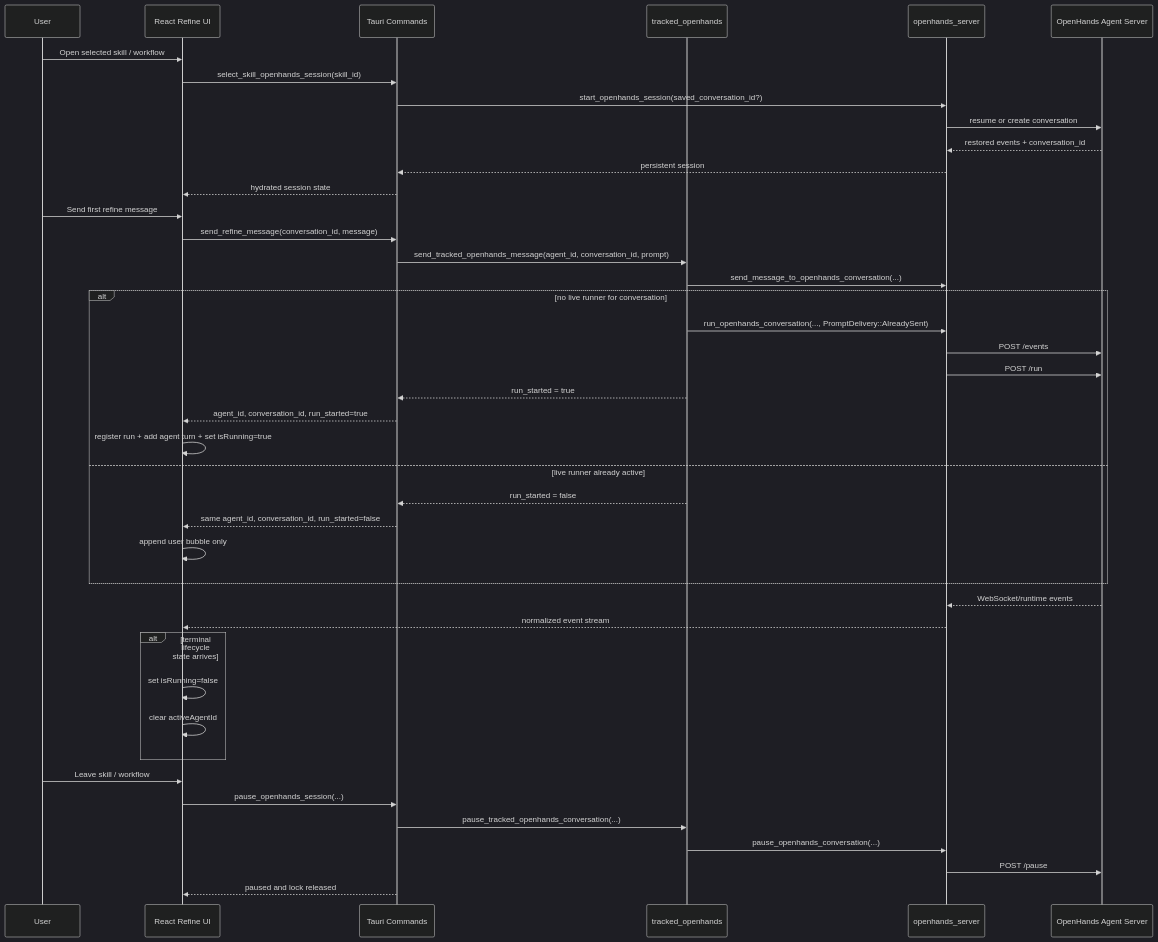
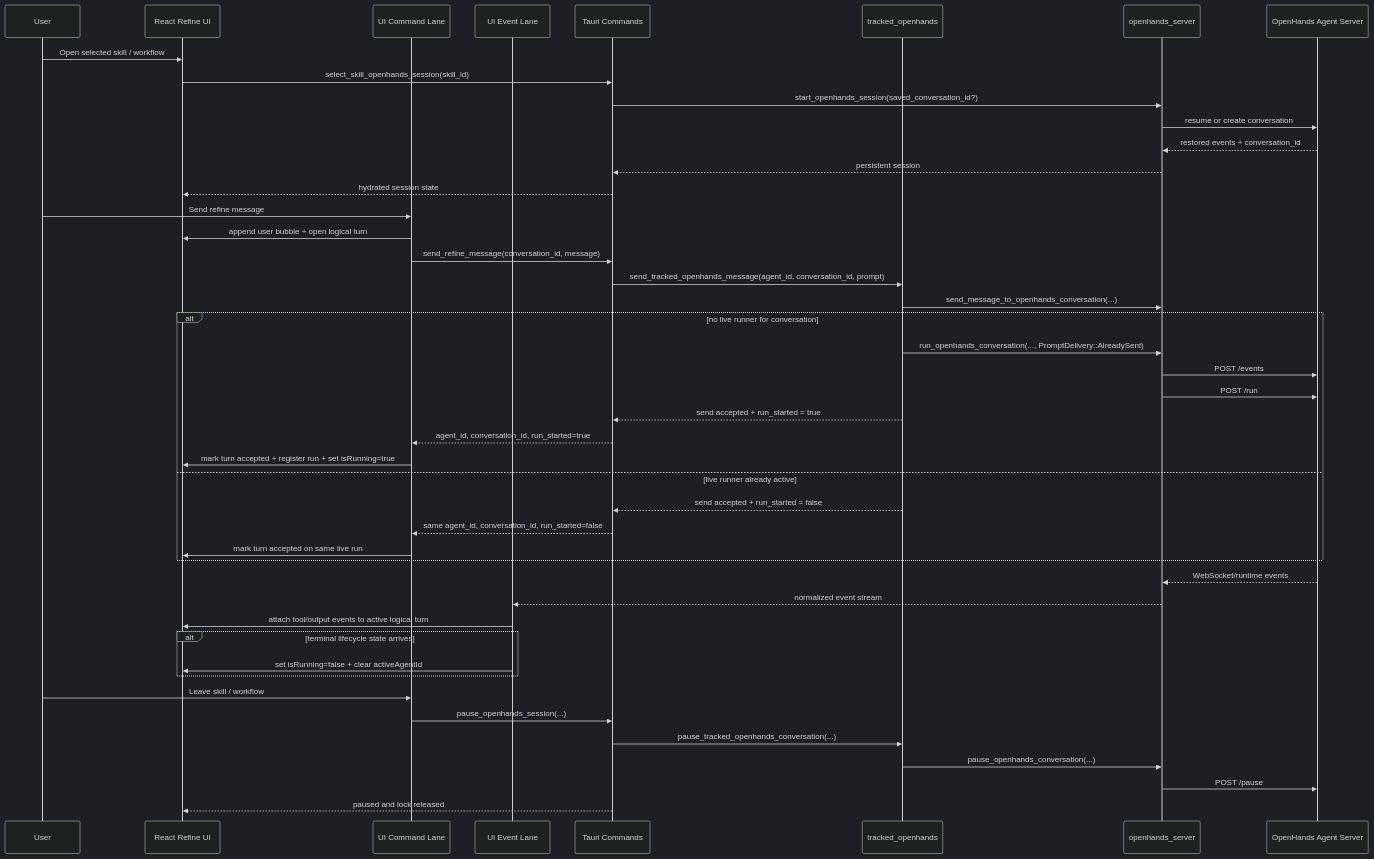
Before and after one commit to accelerate-data/skill-builder: the diagram in docs/design/openhands-runtime-contract/refine-sequence.md, drawn with Mermaid (dark theme). The commit also changed other lines of this file and 2 other files, not shown here.

Commit message:
docs: capture refine turn-lane runtime model

````diff
--- a/docs/design/openhands-runtime-contract/refine-sequence.md
+++ b/docs/design/openhands-runtime-contract/refine-sequence.md
@@ -12,49 +12,52 @@
 ```mermaid
 sequenceDiagram
     participant U as User
-    participant FE as React Refine UI
+    participant UI as React Refine UI
+    participant CMDQ as UI Command Lane
+    participant EVTQ as UI Event Lane
     participant CMD as Tauri Commands
     participant L3 as tracked_openhands
     participant L1 as openhands_server
     participant OHS as OpenHands Agent Server
 
-    U->>FE: Open selected skill / workflow
-    FE->>CMD: select_skill_openhands_session(skill_id)
+    U->>UI: Open selected skill / workflow
+    UI->>CMD: select_skill_openhands_session(skill_id)
     CMD->>L1: start_openhands_session(saved_conversation_id?)
     L1->>OHS: resume or create conversation
     OHS-->>L1: restored events + conversation_id
     L1-->>CMD: persistent session
-    CMD-->>FE: hydrated session state
+    CMD-->>UI: hydrated session state
 
-    U->>FE: Send first refine message
-    FE->>CMD: send_refine_message(conversation_id, message)
+    U->>CMDQ: Send refine message
+    CMDQ->>UI: append user bubble + open logical turn
+    CMDQ->>CMD: send_refine_message(conversation_id, message)
     CMD->>L3: send_tracked_openhands_message(agent_id, conversation_id, prompt)
     L3->>L1: send_message_to_openhands_conversation(...)
     alt no live runner for conversation
         L3->>L1: run_openhands_conversation(..., PromptDelivery::AlreadySent)
         L1->>OHS: POST /events
         L1->>OHS: POST /run
-        L3-->>CMD: run_started = true
-        CMD-->>FE: agent_id, conversation_id, run_started=true
-        FE->>FE: register run + add agent turn + set isRunning=true
+        L3-->>CMD: send accepted + run_started = true
+        CMD-->>CMDQ: agent_id, conversation_id, run_started=true
+        CMDQ->>UI: mark turn accepted + register run + set isRunning=true
     else live runner already active
-        L3-->>CMD: run_started = false
-        CMD-->>FE: same agent_id, conversation_id, run_started=false
-        FE->>FE: append user bubble only
+        L3-->>CMD: send accepted + run_started = false
+        CMD-->>CMDQ: same agent_id, conversation_id, run_started=false
+        CMDQ->>UI: mark turn accepted on same live run
     end
 
     OHS-->>L1: WebSocket/runtime events
-    L1-->>FE: normalized event stream
+    L1-->>EVTQ: normalized event stream
+    EVTQ->>UI: attach tool/output events to active logical turn
 
     alt terminal lifecycle state arrives
-        FE->>FE: set isRunning=false
-        FE->>FE: clear activeAgentId
+        EVTQ->>UI: set isRunning=false + clear activeAgentId
     end
 
-    U->>FE: Leave skill / workflow
-    FE->>CMD: pause_openhands_session(...)
+    U->>CMDQ: Leave skill / workflow
+    CMDQ->>CMD: pause_openhands_session(...)
     CMD->>L3: pause_tracked_openhands_conversation(...)
     L3->>L1: pause_openhands_conversation(...)
     L1->>OHS: POST /pause
-    CMD-->>FE: paused and lock released
+    CMD-->>UI: paused and lock released
 ```
````
